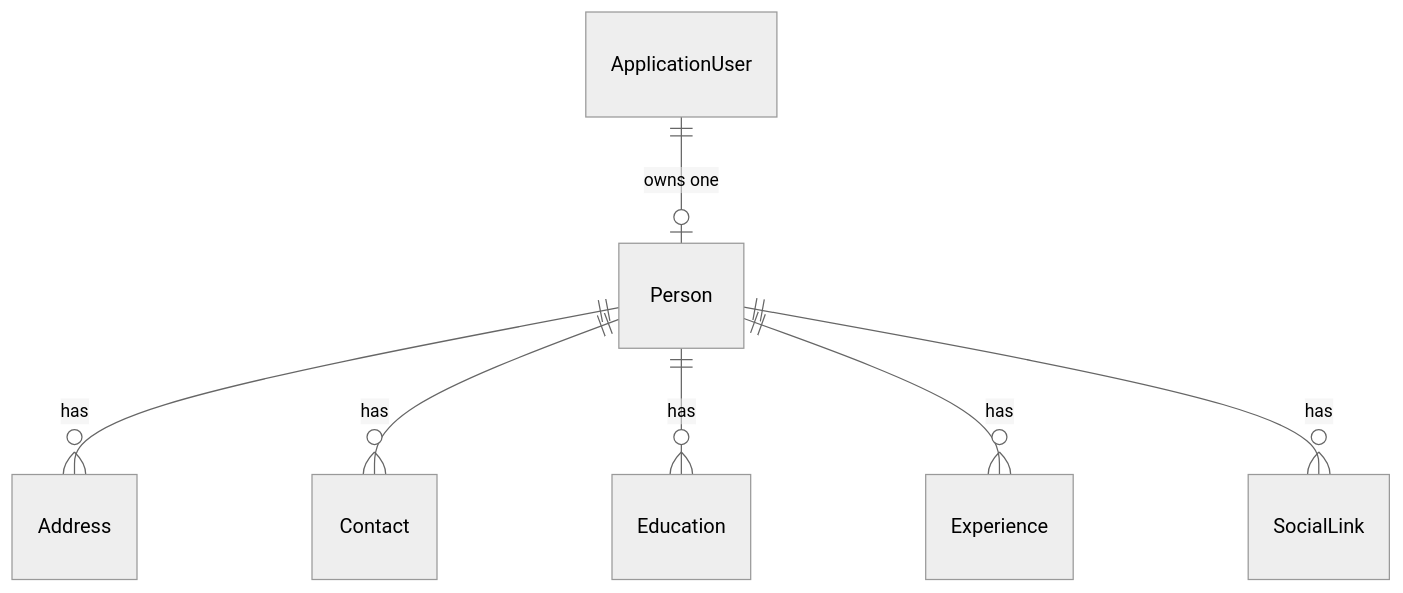
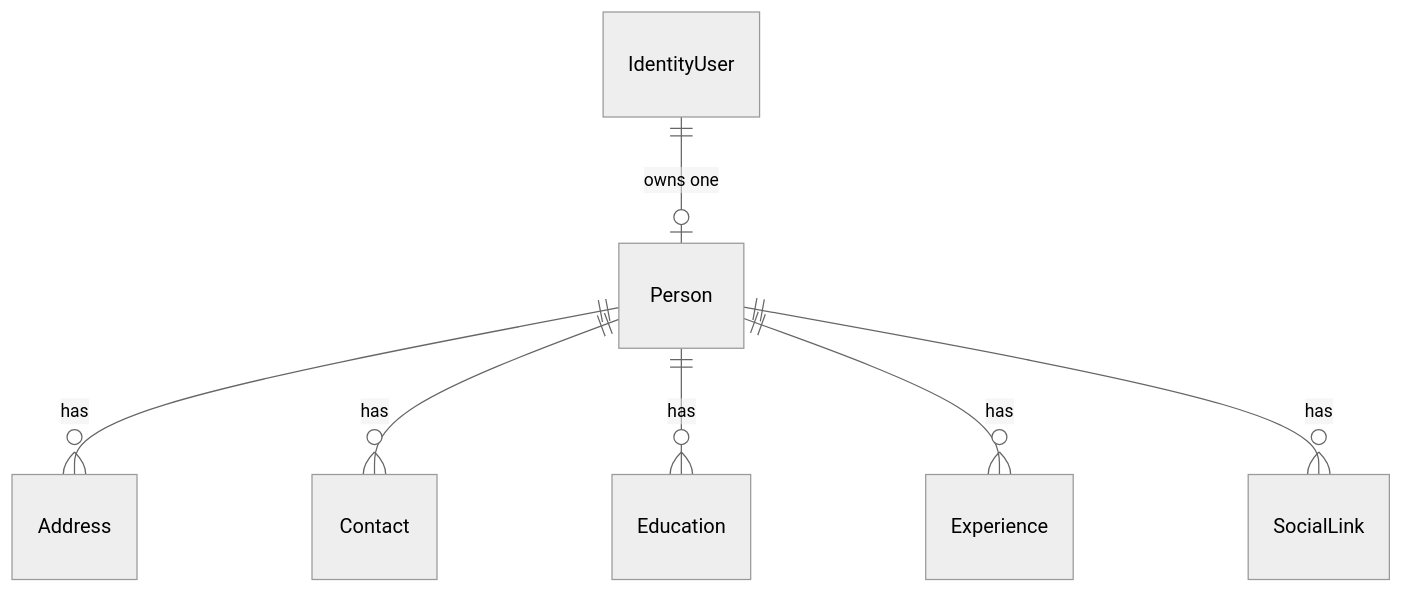
The diagram in README.md (sazzadul1205/CustomerManagementPractiseCS), drawn with Mermaid (neutral theme) before and after one commit. The commit also changed other lines of this file, not shown here.

````diff
--- a/README.md
+++ b/README.md
@@ -182,9 +196,9 @@
 ```mermaid
 erDiagram
-    ApplicationUser ||--o| Person : "owns one"
+    IdentityUser ||--o| Person : "owns one"
     Person ||--o{ Address : has
     Person ||--o{ Contact : has
     Person ||--o{ Education : has
     Person ||--o{ Experience : has
     Person ||--o{ SocialLink : has
 ```
````
